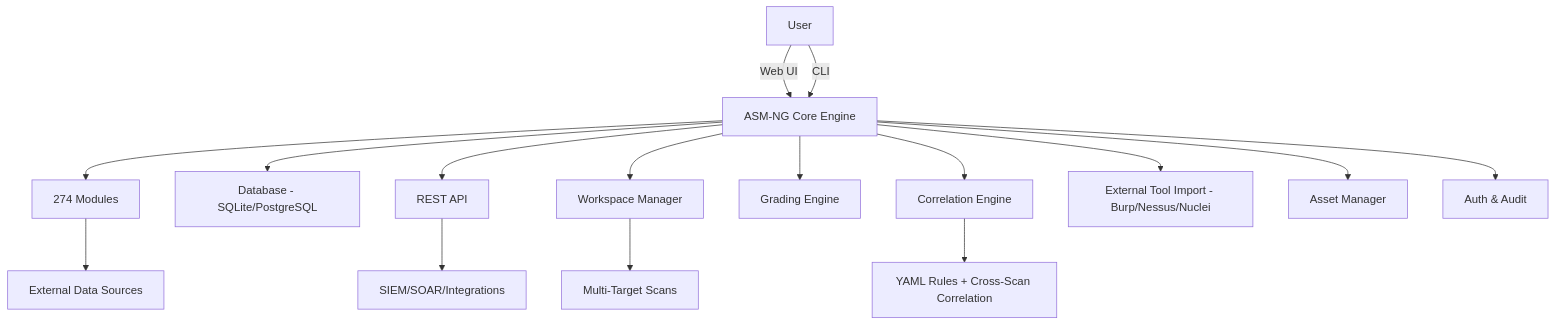
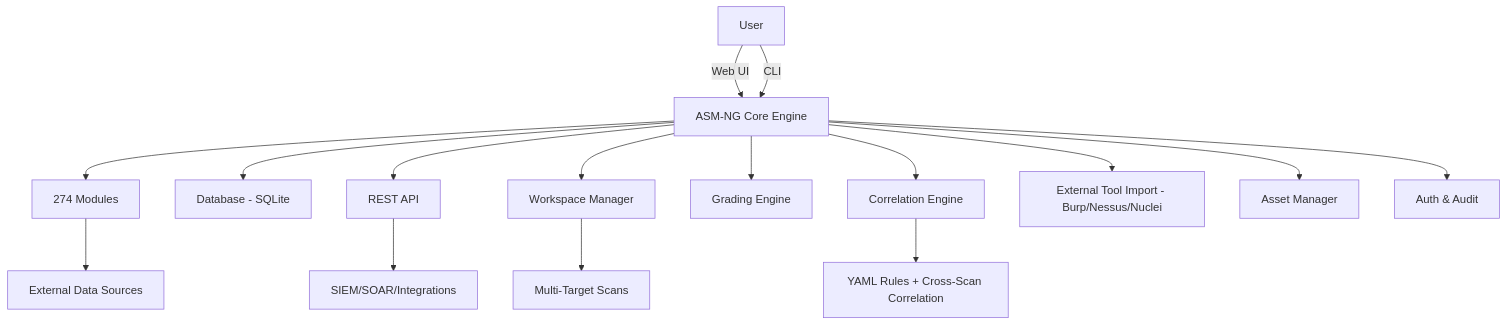
One commit to 0x31i/asm-ng changed the second of 2 diagrams in README.md. Above: the diagram before and after it, drawn with Mermaid. The commit also changed other lines of this file and 26 other files, not shown here.

First line of the commit message:
Harden SQLite and remove PostgreSQL support

````diff
--- a/README.md
+++ b/README.md
@@ -346,18 +346,18 @@
 ```mermaid
 graph TD;
     A[User] -->|Web UI| B[ASM-NG Core Engine];
     A -->|CLI| B;
     B --> C[274 Modules];
-    B --> D[Database - SQLite/PostgreSQL];
+    B --> D[Database - SQLite];
     B --> E[REST API];
     B --> F[Workspace Manager];
     B --> G[Grading Engine];
     B --> H[Correlation Engine];
     C --> I[External Data Sources];
     E --> J[SIEM/SOAR/Integrations];
     F --> K[Multi-Target Scans];
     H --> L[YAML Rules + Cross-Scan Correlation];
     B --> M[External Tool Import - Burp/Nessus/Nuclei];
     B --> N[Asset Manager];
     B --> O[Auth & Audit];
 ```
````
